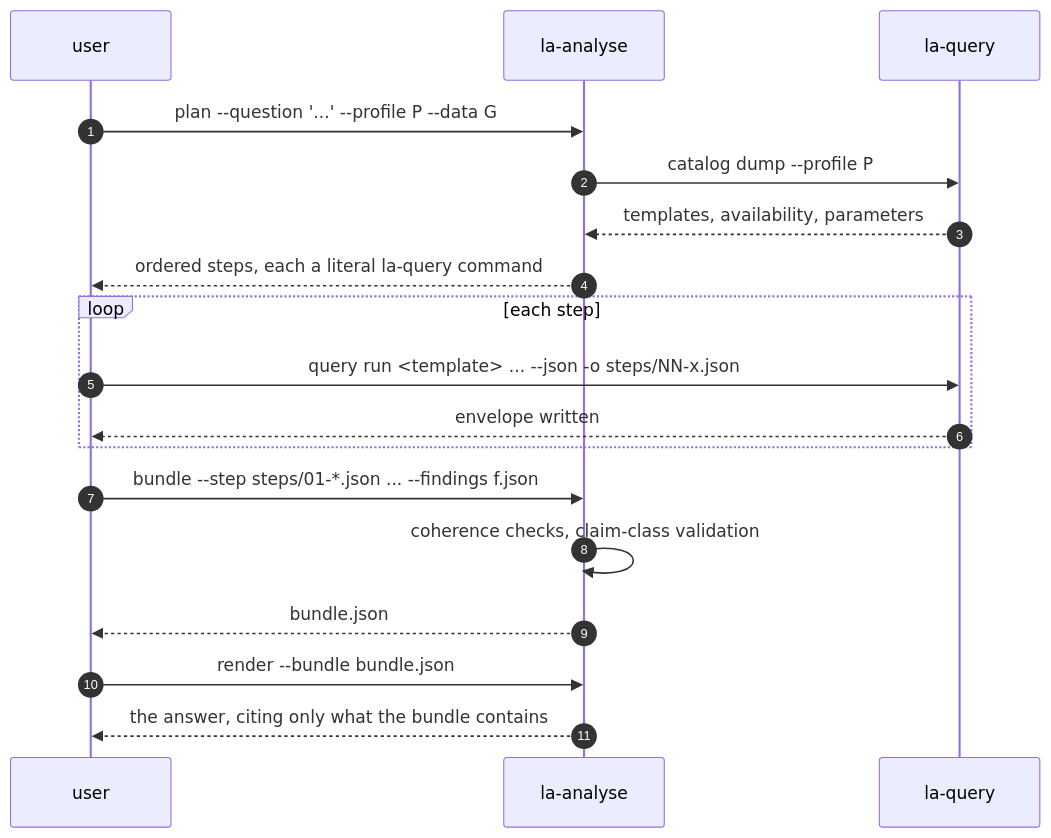
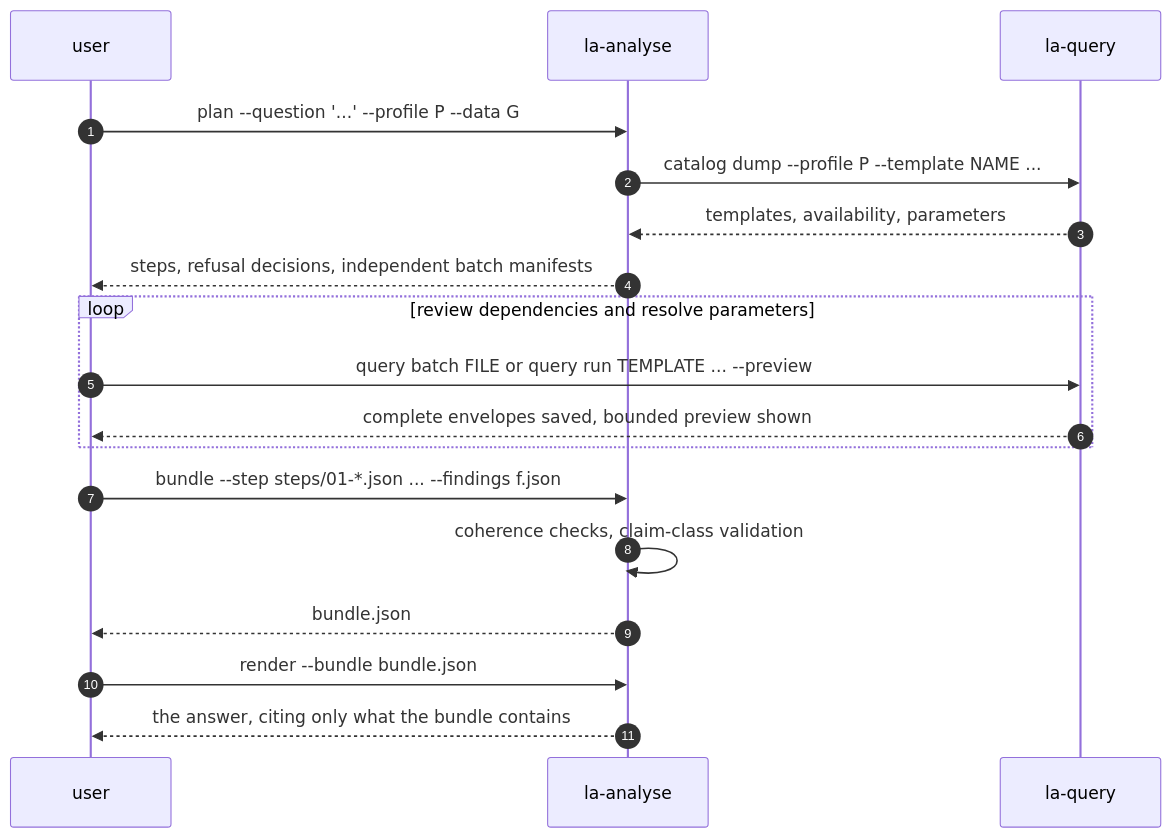
The first of 3 diagrams in docs/skills/analyse.md (linked-archi/linked-archi-apm), drawn with Mermaid before and after one commit. The commit also changed other lines of this file and 23 other files, not shown here.

````diff
--- a/docs/skills/analyse.md
+++ b/docs/skills/analyse.md
@@ -26,20 +26,20 @@
 ```mermaid
 sequenceDiagram
   autonumber
   participant U as user
   participant A as la-analyse
   participant Q as la-query
   U->>A: plan --question '...' --profile P --data G
-  A->>Q: catalog dump --profile P
+  A->>Q: catalog dump --profile P --template NAME ...
   Q-->>A: templates, availability, parameters
-  A-->>U: ordered steps, each a literal la-query command
-  loop each step
-    U->>Q: query run <template> ... --json -o steps/NN-x.json
-    Q-->>U: envelope written
+  A-->>U: steps, refusal decisions, independent batch manifests
+  loop review dependencies and resolve parameters
+    U->>Q: query batch FILE or query run TEMPLATE ... --preview
+    Q-->>U: complete envelopes saved, bounded preview shown
   end
   U->>A: bundle --step steps/01-*.json ... --findings f.json
   A->>A: coherence checks, claim-class validation
   A-->>U: bundle.json
   U->>A: render --bundle bundle.json
   A-->>U: the answer, citing only what the bundle contains
 ```
````
